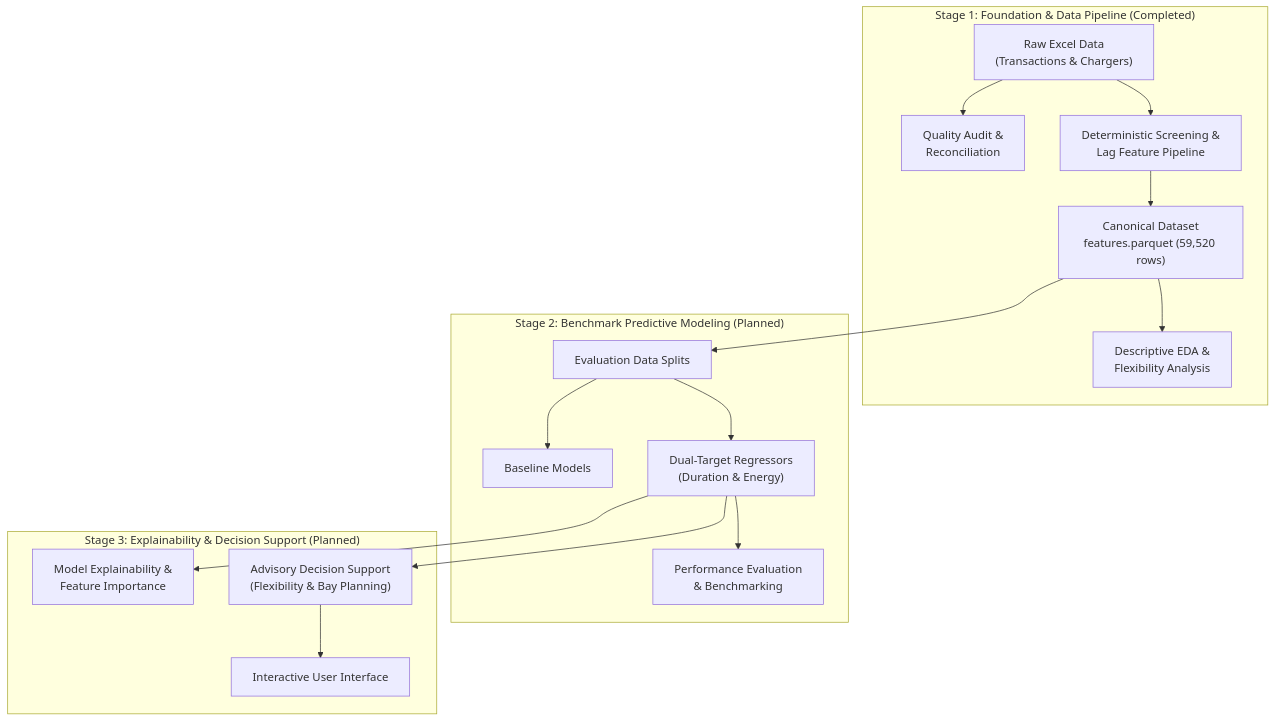
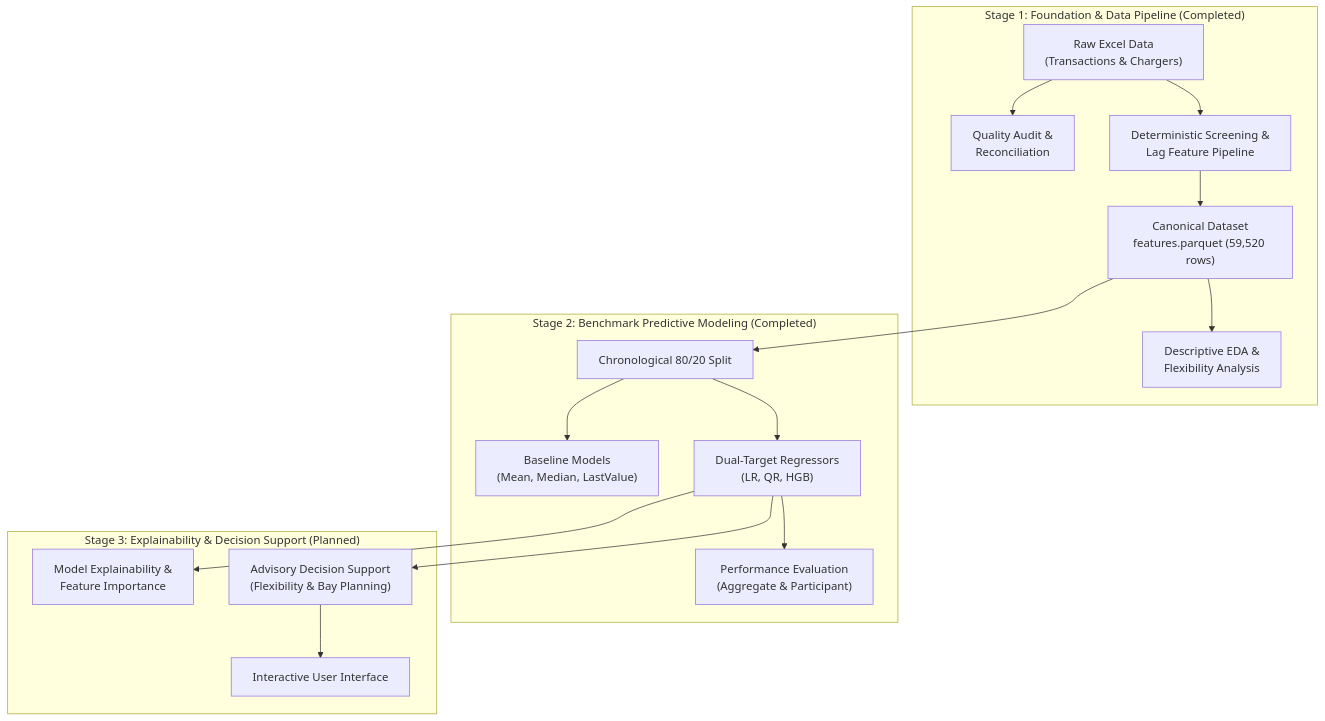
Before and after one commit to nayanojwal0810/Tarang: the diagram in docs/architecture/project_structure.md, drawn with Mermaid. The commit also changed other lines of this file and 9 other files, not shown here.

Commit message:
feat(modeling): implement stage 2 regression benchmark pipeline for duration and energy

````diff
--- a/docs/architecture/project_structure.md
+++ b/docs/architecture/project_structure.md
@@ -163,22 +176,22 @@
 ```mermaid
 flowchart TD
     subgraph Stage1["Stage 1: Foundation & Data Pipeline (Completed)"]
         RawData["Raw Excel Data\n(Transactions & Chargers)"] --> Audit["Quality Audit &\nReconciliation"]
         RawData --> Screening["Deterministic Screening &\nLag Feature Pipeline"]
         Screening --> CanonicalParquet["Canonical Dataset\nfeatures.parquet (59,520 rows)"]
         CanonicalParquet --> EDA["Descriptive EDA &\nFlexibility Analysis"]
     end
 
-    subgraph Stage2["Stage 2: Benchmark Predictive Modeling (Planned)"]
-        CanonicalParquet --> Split["Evaluation Data Splits"]
-        Split --> Baselines["Baseline Models"]
-        Split --> Regressors["Dual-Target Regressors\n(Duration & Energy)"]
-        Regressors --> Eval["Performance Evaluation\n& Benchmarking"]
+    subgraph Stage2["Stage 2: Benchmark Predictive Modeling (Completed)"]
+        CanonicalParquet --> Split["Chronological 80/20 Split"]
+        Split --> Baselines["Baseline Models\n(Mean, Median, LastValue)"]
+        Split --> Regressors["Dual-Target Regressors\n(LR, QR, HGB)"]
+        Regressors --> Eval["Performance Evaluation\n(Aggregate & Participant)"]
     end
 
     subgraph Stage3["Stage 3: Explainability & Decision Support (Planned)"]
         Regressors --> Explainability["Model Explainability &\nFeature Importance"]
         Regressors --> DecisionSupport["Advisory Decision Support\n(Flexibility & Bay Planning)"]
         DecisionSupport --> UserInterface["Interactive User Interface"]
     end
 ```
````
